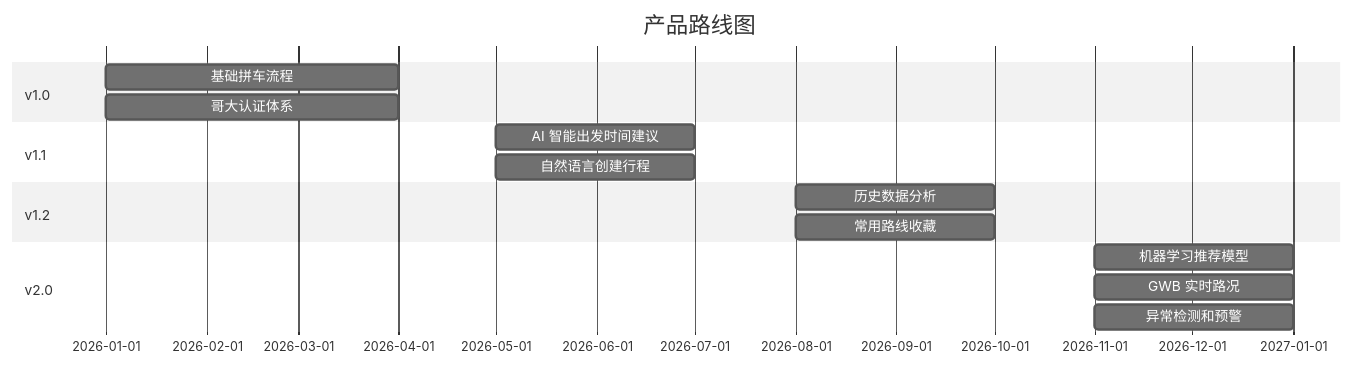
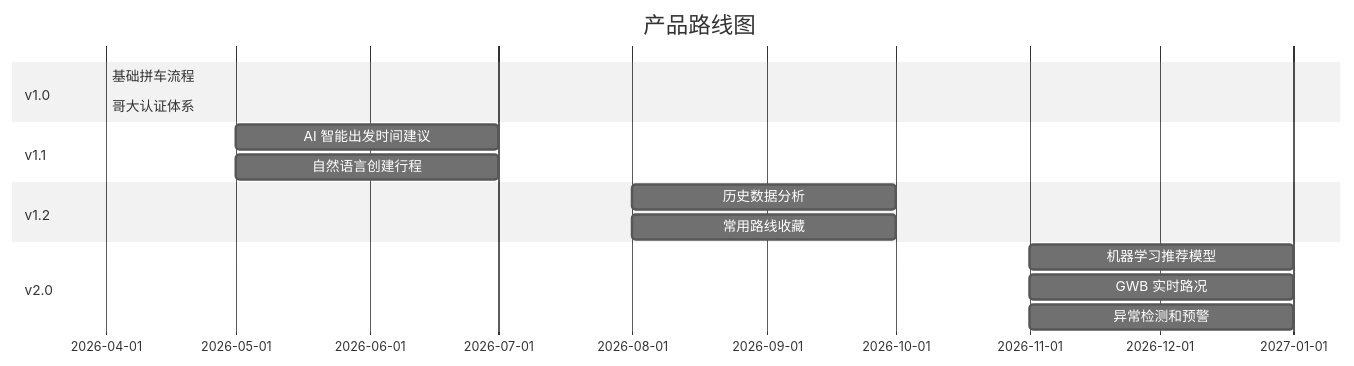
Before and after one commit to KaichenCurry/columbia-carpool-miniapp: the third of 3 diagrams in README.md, drawn with Mermaid (neutral theme). The commit also changed 1 other file, not shown here.

Commit message:
Fix roadmap: Start from April 2026 (v1.0)

````diff
--- a/README.md
+++ b/README.md
@@ -243,21 +243,21 @@
 ```mermaid
 gantt
     title 产品路线图
     dateFormat  YYYY-MM
     section v1.0
-    基础拼车流程       :2026-01, 2026-04
-    哥大认证体系       :2026-01, 2026-04
+    基础拼车流程       :2026-04, 2026-04
+    哥大认证体系       :2026-04, 2026-04
 
     section v1.1
     AI 智能出发时间建议 :2026-05, 2026-07
     自然语言创建行程   :2026-05, 2026-07
 
     section v1.2
     历史数据分析       :2026-08, 2026-10
     常用路线收藏       :2026-08, 2026-10
 
     section v2.0
     机器学习推荐模型   :2026-11, 2027-01
     GWB 实时路况       :2026-11, 2027-01
     异常检测和预警     :2026-11, 2027-01
 ```
````
